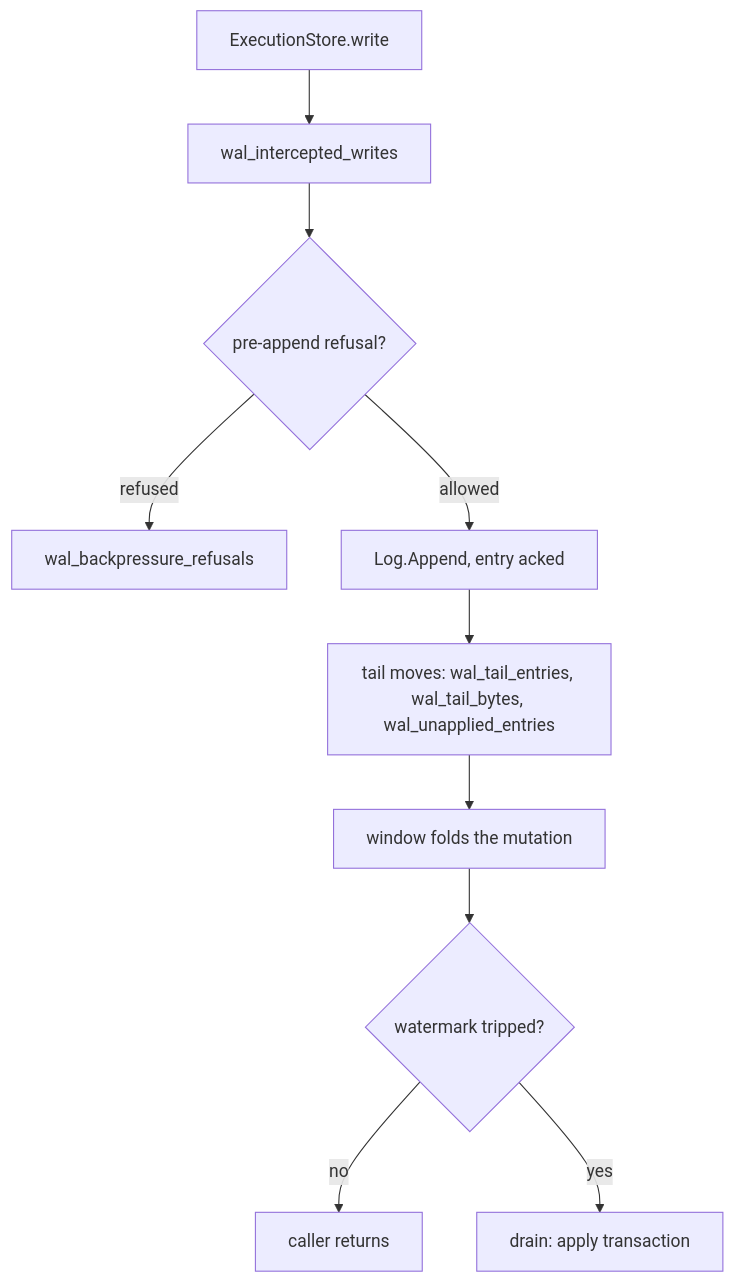
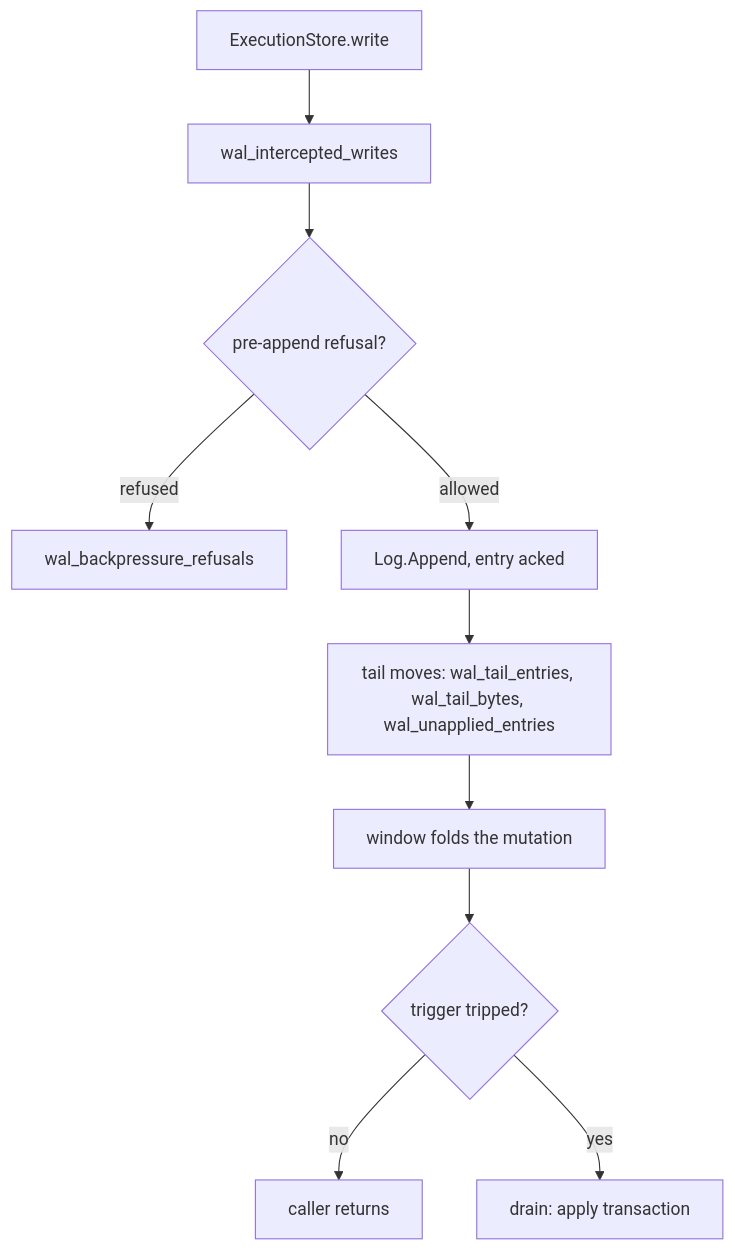
Before and after one commit to aromanovich/waltz: the second of 3 diagrams in docs/handbook/10-metrics.md, drawn with Mermaid. The commit also changed other lines of this file and 187 other files, not shown here.

````diff
--- a/docs/handbook/10-metrics.md
+++ b/docs/handbook/10-metrics.md
@@ -204,12 +141,12 @@
 ```mermaid
 flowchart TD
     A["ExecutionStore.write"] --> B["wal_intercepted_writes"]
     B --> C{"pre-append refusal?"}
     C -->|"refused"| D["wal_backpressure_refusals"]
     C -->|"allowed"| E["Log.Append, entry acked"]
     E --> F["tail moves: wal_tail_entries, wal_tail_bytes, wal_unapplied_entries"]
     F --> G["window folds the mutation"]
-    G --> H{"watermark tripped?"}
+    G --> H{"trigger tripped?"}
     H -->|"no"| I["caller returns"]
     H -->|"yes"| J["drain: apply transaction"]
 ```
````
